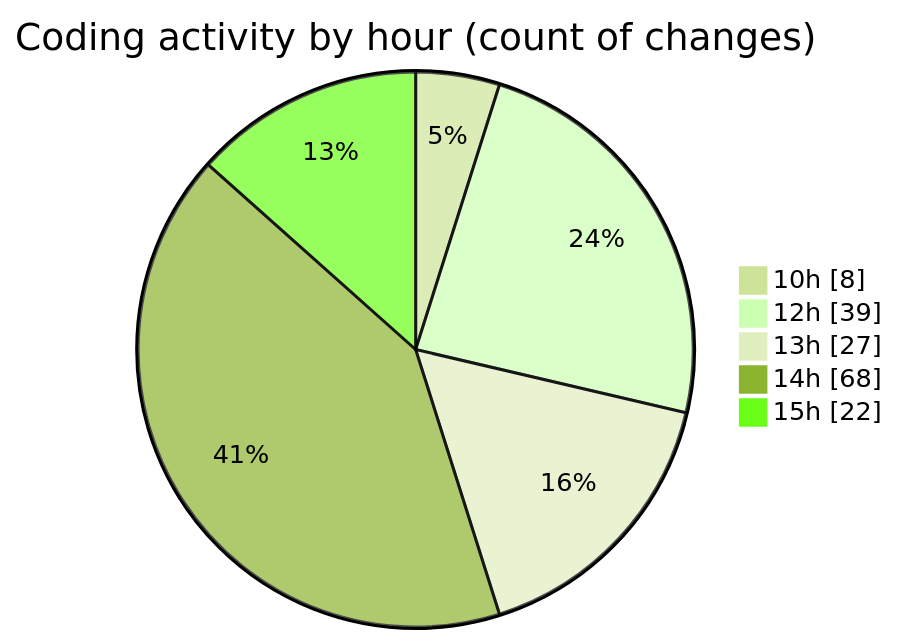
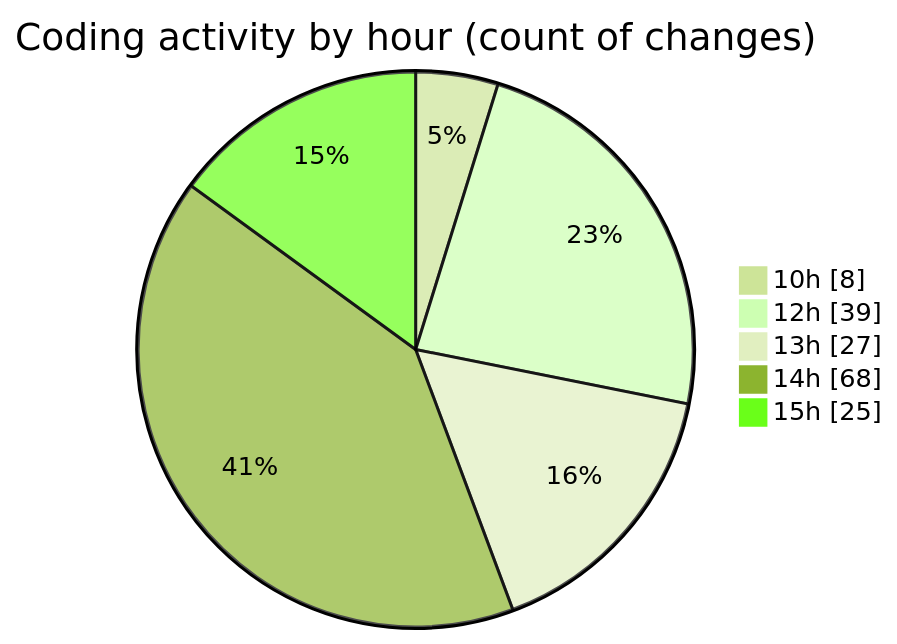
The second of 2 diagrams in 2025-05-02/cda/README.md (momahboobian/code-tracking), drawn with Mermaid (forest theme) before and after one commit. The commit also changed other lines of this file and 1 other file, not shown here.

````diff
--- a/2025-05-02/cda/README.md
+++ b/2025-05-02/cda/README.md
@@ -46,9 +47,9 @@
 ```mermaid
 pie showData
 title Coding activity by hour (count of changes)
 "10h" : 8
 "12h" : 39
 "13h" : 27
 "14h" : 68
-"15h" : 22
+"15h" : 25
 ```
````
